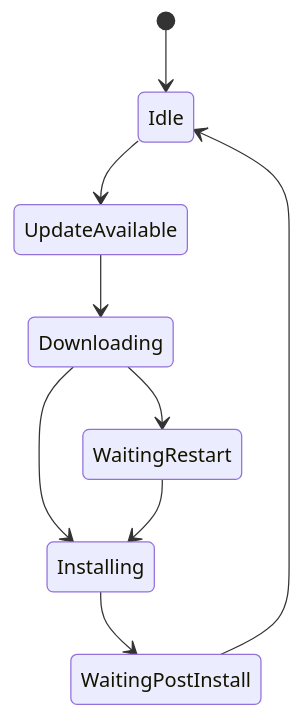
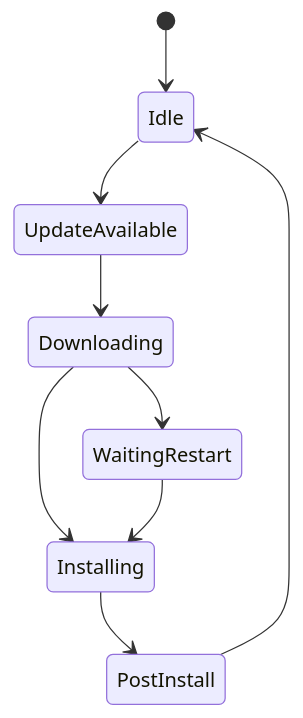
Before and after one commit to keymanapp/keyman: the diagram in windows/src/desktop/kmshell/main/BackgroundUpdateStateDiagram.md, drawn with Mermaid. The commit also changed 5 other files, not shown here.

````diff
--- a/windows/src/desktop/kmshell/main/BackgroundUpdateStateDiagram.md
+++ b/windows/src/desktop/kmshell/main/BackgroundUpdateStateDiagram.md
@@ -1,11 +1,11 @@
 ``` mermaid
 stateDiagram
     [*] --> Idle
     Idle --> UpdateAvailable
     UpdateAvailable --> Downloading
     Downloading --> Installing
     Downloading --> WaitingRestart
     WaitingRestart --> Installing
-    Installing --> WaitingPostInstall
-    WaitingPostInstall --> Idle
+    Installing --> PostInstall
+    PostInstall --> Idle
 ```
````
